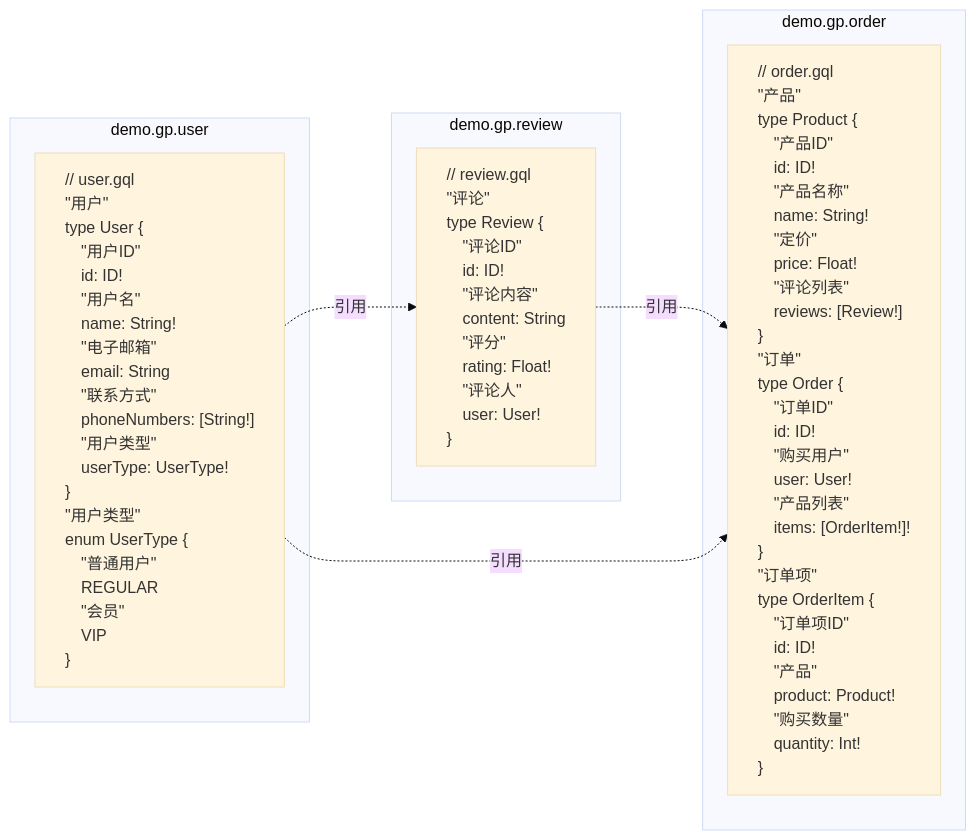
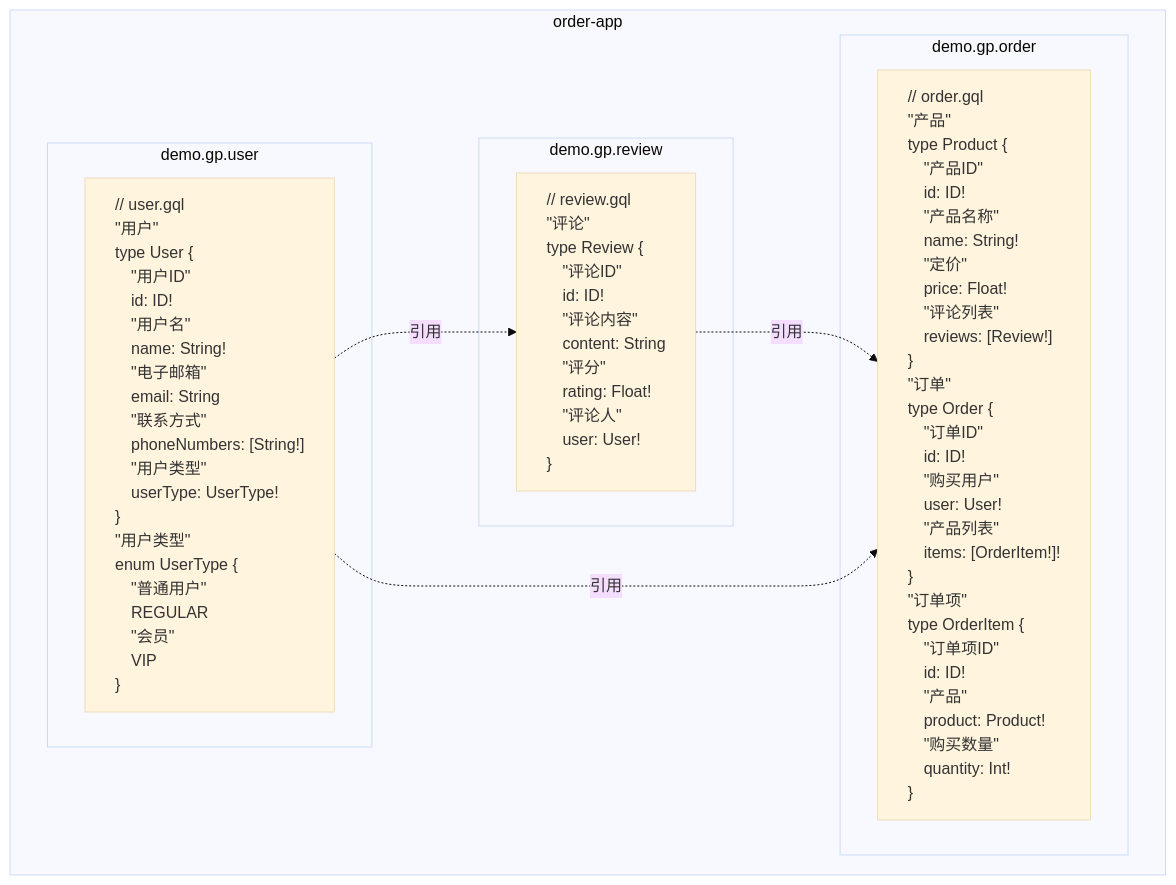
Before and after one commit to doukai/gp-doc.github.io: the third of 3 diagrams in docs/distributed/microservices.md, drawn with Mermaid (base theme). The commit also changed other lines of this file and 8 other files, not shown here.

````diff
--- a/docs/distributed/microservices.md
+++ b/docs/distributed/microservices.md
@@ -141,76 +989,78 @@
 ```mermaid
-flowchart LR
-    subgraph demo.gp.order
-      order["// order.gql
-      &quot;产品&quot;
-      type Product {
-      &emsp;&quot;产品ID&quot;
-      &emsp;id: ID!
-      &emsp;&quot;产品名称&quot;
-      &emsp;name: String!
-      &emsp;&quot;定价&quot;
-      &emsp;price: Float!
-      &emsp;&quot;评论列表&quot;
-      &emsp;reviews: [Review!]
-      }
+flowchart TB
+    subgraph order-app
+      subgraph demo.gp.order
+        order["// order.gql
+        &quot;产品&quot;
+        type Product {
+        &emsp;&quot;产品ID&quot;
+        &emsp;id: ID!
+        &emsp;&quot;产品名称&quot;
+        &emsp;name: String!
+        &emsp;&quot;定价&quot;
+        &emsp;price: Float!
+        &emsp;&quot;评论列表&quot;
+        &emsp;reviews: [Review!]
+        }
 
-      &quot;订单&quot;
-      type Order {
-      &emsp;&quot;订单ID&quot;
-      &emsp;id: ID!
-      &emsp;&quot;购买用户&quot;
-      &emsp;user: User!
-      &emsp;&quot;产品列表&quot;
-      &emsp;items: [OrderItem!]!
-      }
+        &quot;订单&quot;
+        type Order {
+        &emsp;&quot;订单ID&quot;
+        &emsp;id: ID!
+        &emsp;&quot;购买用户&quot;
+        &emsp;user: User!
+        &emsp;&quot;产品列表&quot;
+        &emsp;items: [OrderItem!]!
+        }
 
-      &quot;订单项&quot;
-      type OrderItem {
-      &emsp;&quot;订单项ID&quot;
-      &emsp;id: ID!
-      &emsp;&quot;产品&quot;
-      &emsp;product: Product!
-      &emsp;&quot;购买数量&quot;
-      &emsp;quantity: Int!
-      }"]
-    end
-    subgraph demo.gp.review
-      review["// review.gql
-      &quot;评论&quot;
-      type Review {
-      &emsp;&quot;评论ID&quot;
-      &emsp;id: ID!
-      &emsp;&quot;评论内容&quot;
-      &emsp;content: String
-      &emsp;&quot;评分&quot;
-      &emsp;rating: Float!
-      &emsp;&quot;评论人&quot;
-      &emsp;user: User!
-      }"]
-    end
-    subgraph demo.gp.user
-      user["// user.gql
-      &quot;用户&quot;
-      type User {
-      &emsp;&quot;用户ID&quot;
-      &emsp;id: ID!
-      &emsp;&quot;用户名&quot;
-      &emsp;name: String!
-      &emsp;&quot;电子邮箱&quot;
-      &emsp;email: String
-      &emsp;&quot;联系方式&quot;
-      &emsp;phoneNumbers: [String!]
-      &emsp;&quot;用户类型&quot;
-      &emsp;userType: UserType!
-      }
+        &quot;订单项&quot;
+        type OrderItem {
+        &emsp;&quot;订单项ID&quot;
+        &emsp;id: ID!
+        &emsp;&quot;产品&quot;
+        &emsp;product: Product!
+        &emsp;&quot;购买数量&quot;
+        &emsp;quantity: Int!
+        }"]
+      end
+      subgraph demo.gp.review
+        review["// review.gql
+        &quot;评论&quot;
+        type Review {
+        &emsp;&quot;评论ID&quot;
+        &emsp;id: ID!
+        &emsp;&quot;评论内容&quot;
+        &emsp;content: String
+        &emsp;&quot;评分&quot;
+        &emsp;rating: Float!
+        &emsp;&quot;评论人&quot;
+        &emsp;user: User!
+        }"]
+      end
+      subgraph demo.gp.user
+        user["// user.gql
+        &quot;用户&quot;
+        type User {
+        &emsp;&quot;用户ID&quot;
+        &emsp;id: ID!
+        &emsp;&quot;用户名&quot;
+        &emsp;name: String!
+        &emsp;&quot;电子邮箱&quot;
+        &emsp;email: String
+        &emsp;&quot;联系方式&quot;
+        &emsp;phoneNumbers: [String!]
+        &emsp;&quot;用户类型&quot;
+        &emsp;userType: UserType!
+        }
 
-      &quot;用户类型&quot;
-      enum UserType {
-      &emsp;&quot;普通用户&quot;
-      &emsp;REGULAR
-      &emsp;&quot;会员&quot;
-      &emsp;VIP
-      }"]
+        &quot;用户类型&quot;
+        enum UserType {
+        &emsp;&quot;普通用户&quot;
+        &emsp;REGULAR
+        &emsp;&quot;会员&quot;
+        &emsp;VIP
+        }"]
+      end
     end
     user -. 引用 .-> review
     review -. 引用 .-> order
````
